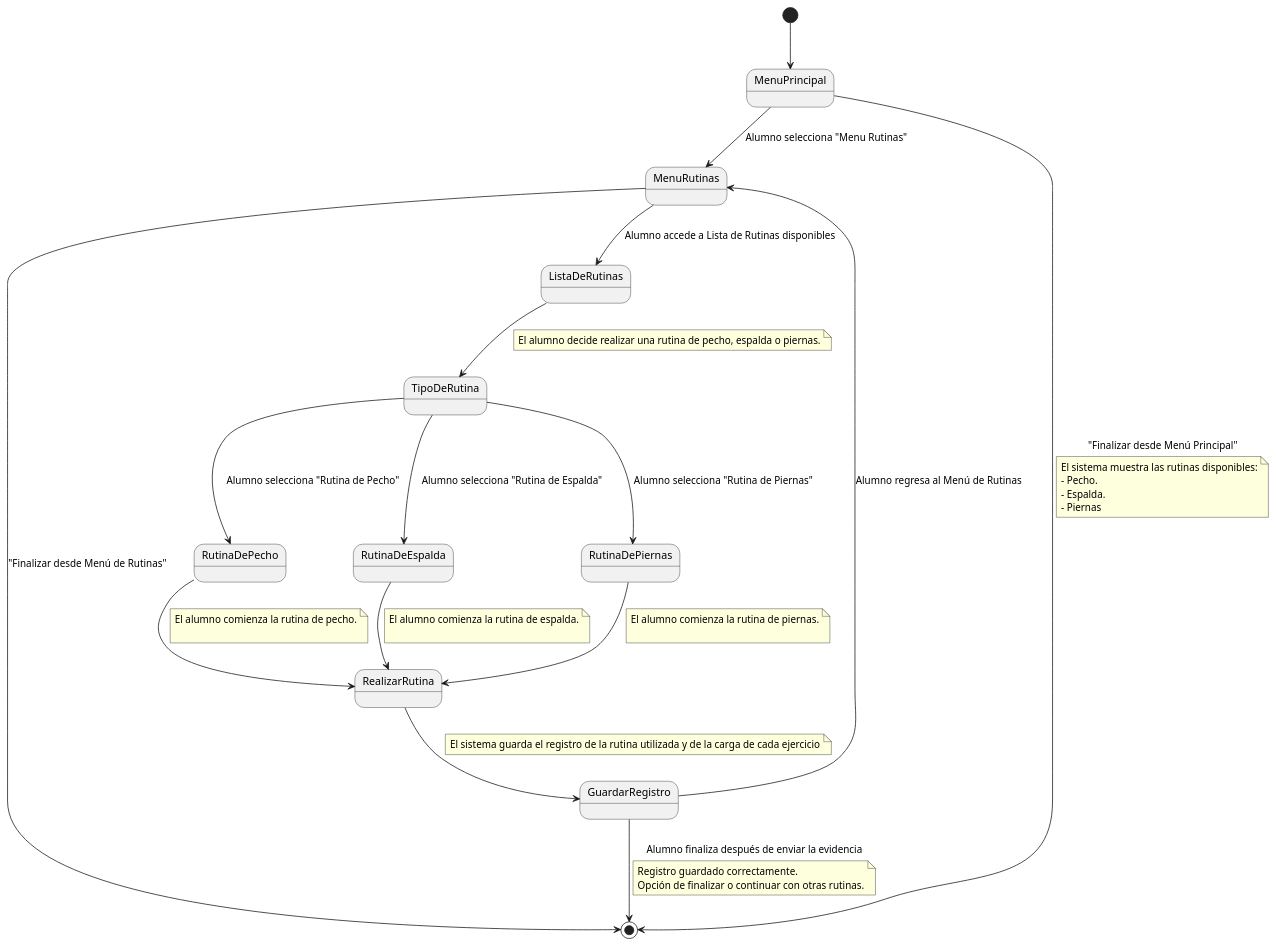
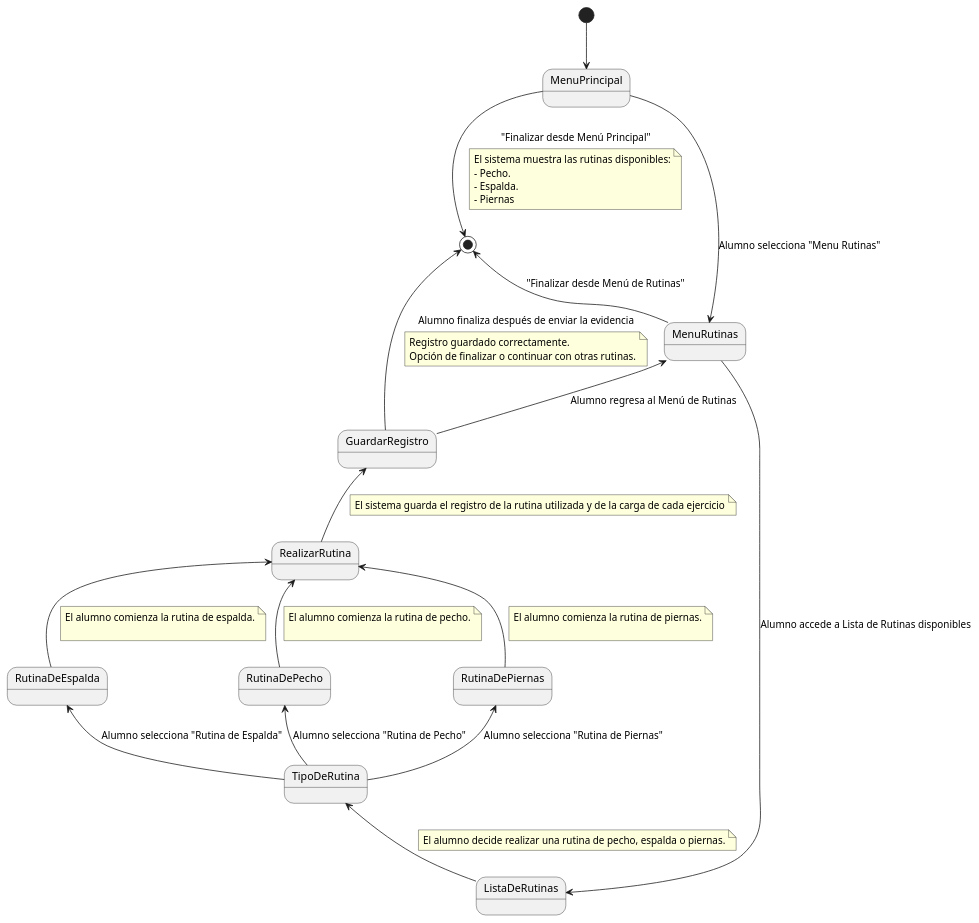
One commit to mmasias/24-25-IdSw1-SDR changed the diagram in Documentos/DetallarCasosDeUso/CompletarRutinas.puml. Above: the diagram before and after it, drawn with PlantUML.

```diff
--- a/Documentos/DetallarCasosDeUso/CompletarRutinas.puml
+++ b/Documentos/DetallarCasosDeUso/CompletarRutinas.puml
@@ -1,55 +1,55 @@
 @startuml
 
 [*] --> MenuPrincipal 
 
 MenuPrincipal --> MenuRutinas : Alumno selecciona "Menu Rutinas"
 MenuPrincipal --> [*] : "Finalizar desde Menú Principal"
 note on link
     El sistema muestra las rutinas disponibles:
     - Pecho.
     - Espalda.
     - Piernas
 end note
-MenuRutinas --> ListaDeRutinas : Alumno accede a Lista de Rutinas disponibles
-MenuRutinas --> [*] : "Finalizar desde Menú de Rutinas"
+MenuRutinas -u-> ListaDeRutinas : Alumno accede a Lista de Rutinas disponibles
+MenuRutinas -u-> [*] : "Finalizar desde Menú de Rutinas"
 
 
-ListaDeRutinas --> TipoDeRutina
+ListaDeRutinas -u-> TipoDeRutina
 note on link
     El alumno decide realizar una rutina de pecho, espalda o piernas.
 end note
 
 state TipoDeRutina <<choice>>
-TipoDeRutina --> RutinaDePecho : Alumno selecciona "Rutina de Pecho"
-TipoDeRutina --> RutinaDeEspalda : Alumno selecciona "Rutina de Espalda"
-TipoDeRutina --> RutinaDePiernas : Alumno selecciona "Rutina de Piernas"
+TipoDeRutina -u-> RutinaDePecho : Alumno selecciona "Rutina de Pecho"
+TipoDeRutina -u-> RutinaDeEspalda : Alumno selecciona "Rutina de Espalda"
+TipoDeRutina -u-> RutinaDePiernas : Alumno selecciona "Rutina de Piernas"
 
-RutinaDePecho --> RealizarRutina
+RutinaDePecho -u-> RealizarRutina
 note on link
     El alumno comienza la rutina de pecho.
     
 end note
-RutinaDeEspalda --> RealizarRutina
+RutinaDeEspalda -u-> RealizarRutina
 note on link
     El alumno comienza la rutina de espalda.
     
 end note
-RutinaDePiernas --> RealizarRutina
+RutinaDePiernas -u-> RealizarRutina
 note on link
     El alumno comienza la rutina de piernas.
     
 end note
 
-RealizarRutina --> GuardarRegistro
+RealizarRutina -u-> GuardarRegistro
 note on link
     El sistema guarda el registro de la rutina utilizada y de la carga de cada ejercicio
 end note
 
-GuardarRegistro  --> MenuRutinas : Alumno regresa al Menú de Rutinas
-GuardarRegistro --> [*] : Alumno finaliza después de enviar la evidencia
+GuardarRegistro  -u-> MenuRutinas : Alumno regresa al Menú de Rutinas
+GuardarRegistro -u-> [*] : Alumno finaliza después de enviar la evidencia
 note on link
     Registro guardado correctamente. 
     Opción de finalizar o continuar con otras rutinas.
 end note
 
 @enduml
```
